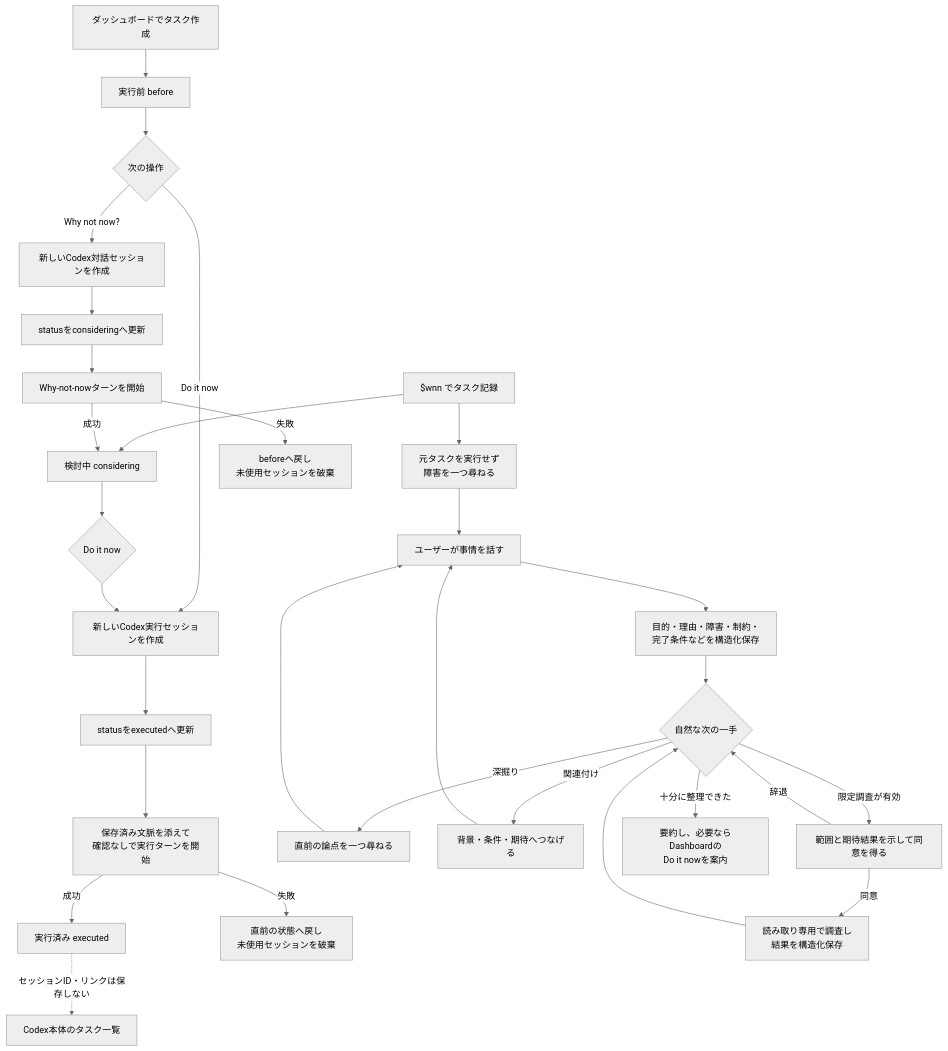
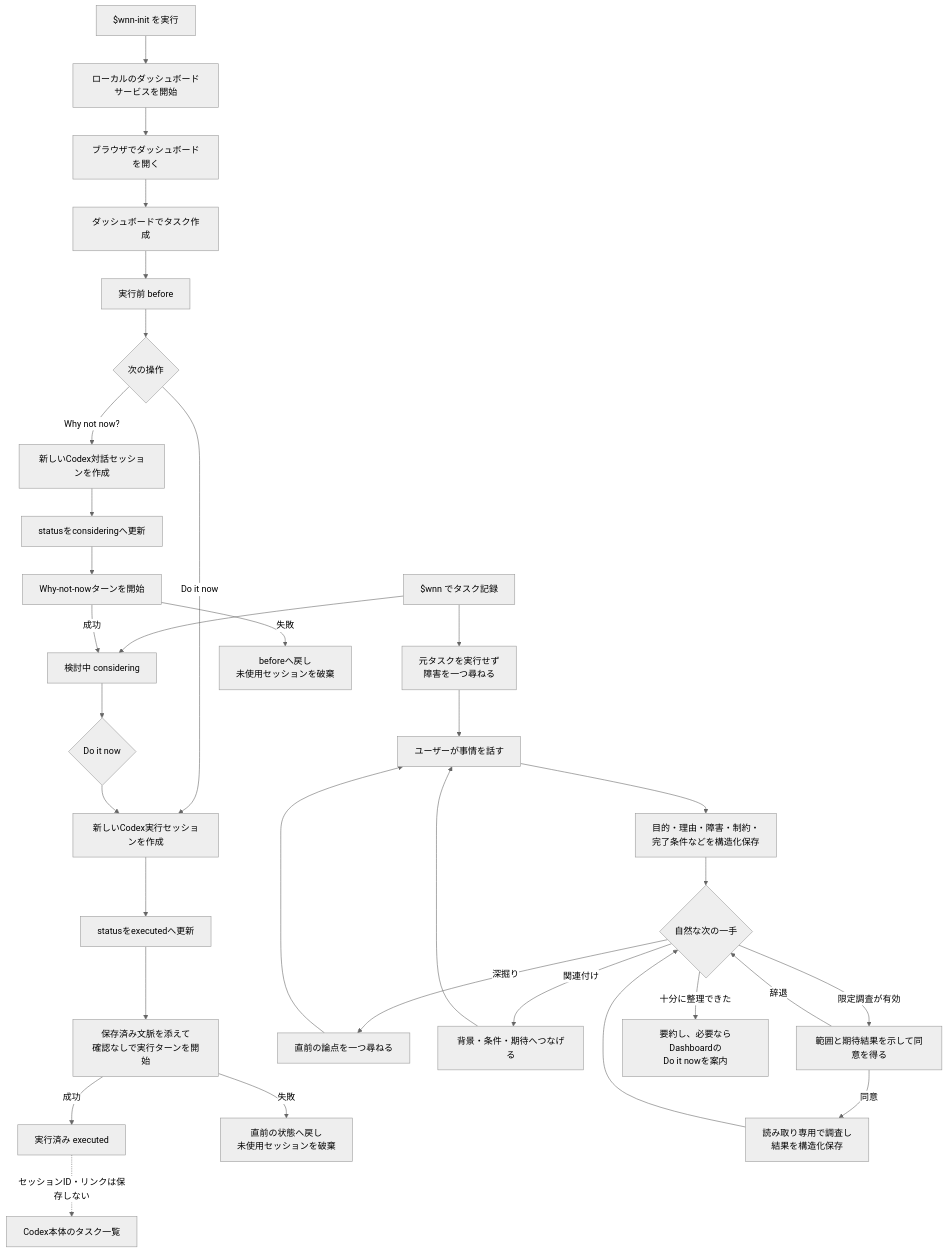
Before and after one commit to Ghaos/WhyNotNow: the diagram in docs/ja/dialogue-flowchart-ja.md, drawn with Mermaid (neutral theme). The commit also changed 7 other files, not shown here.

````diff
--- a/docs/ja/dialogue-flowchart-ja.md
+++ b/docs/ja/dialogue-flowchart-ja.md
@@ -5,36 +5,39 @@
 ```mermaid
 flowchart TD
+    Z["$wnn-init を実行"] --> ZA["ローカルのダッシュボードサービスを開始"]
+    ZA --> ZB["ブラウザでダッシュボードを開く"]
+    ZB --> A
     A["ダッシュボードでタスク作成"] --> B["実行前 before"]
     C["$wnn でタスク記録"] --> D["検討中 considering"]
     C --> Q["元タスクを実行せず<br/>障害を一つ尋ねる"]
 
     B --> E{"次の操作"}
     E -->|"Why not now?"| F["新しいCodex対話セッションを作成"]
     F --> G["statusをconsideringへ更新"]
     G --> H["Why-not-nowターンを開始"]
     H -->|"成功"| D
     H -->|"失敗"| R1["beforeへ戻し<br/>未使用セッションを破棄"]
 
     E -->|"Do it now"| I["新しいCodex実行セッションを作成"]
     D --> J{"Do it now"}
     J --> I
     I --> K["statusをexecutedへ更新"]
     K --> L["保存済み文脈を添えて<br/>確認なしで実行ターンを開始"]
     L -->|"成功"| M["実行済み executed"]
     L -->|"失敗"| R2["直前の状態へ戻し<br/>未使用セッションを破棄"]
 
     Q --> N["ユーザーが事情を話す"]
     N --> O["目的・理由・障害・制約・<br/>完了条件などを構造化保存"]
     O --> P{"自然な次の一手"}
     P -->|"深掘り"| Q2["直前の論点を一つ尋ねる"]
     Q2 --> N
     P -->|"関連付け"| Q3["背景・条件・期待へつなげる"]
     Q3 --> N
     P -->|"限定調査が有効"| S["範囲と期待結果を示して同意を得る"]
     S -->|"同意"| T["読み取り専用で調査し<br/>結果を構造化保存"]
     T --> P
     S -->|"辞退"| P
     P -->|"十分に整理できた"| U["要約し、必要ならDashboardの<br/>Do it nowを案内"]
 
     M -. "セッションID・リンクは保存しない" .-> V["Codex本体のタスク一覧"]
 ```
````
